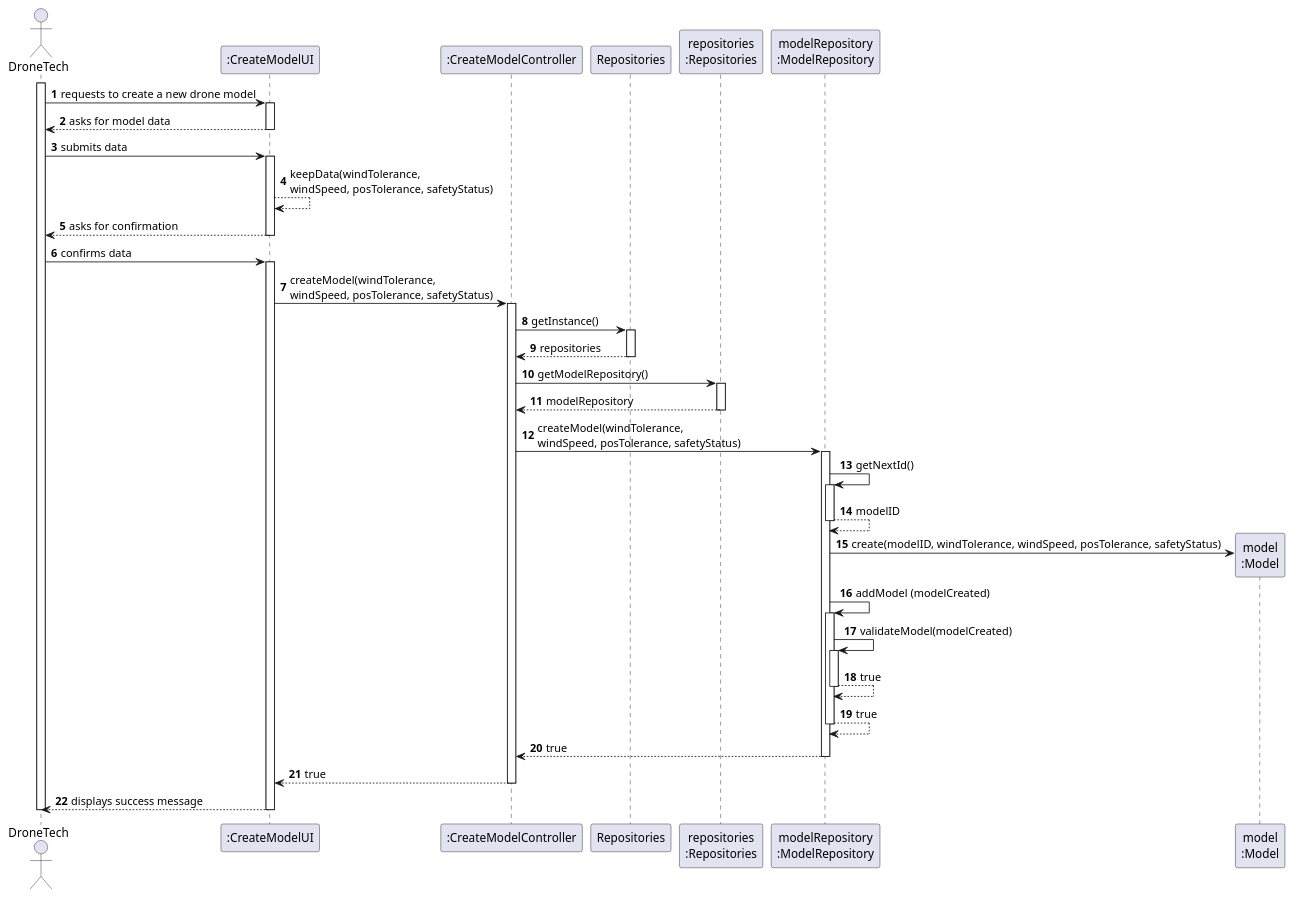
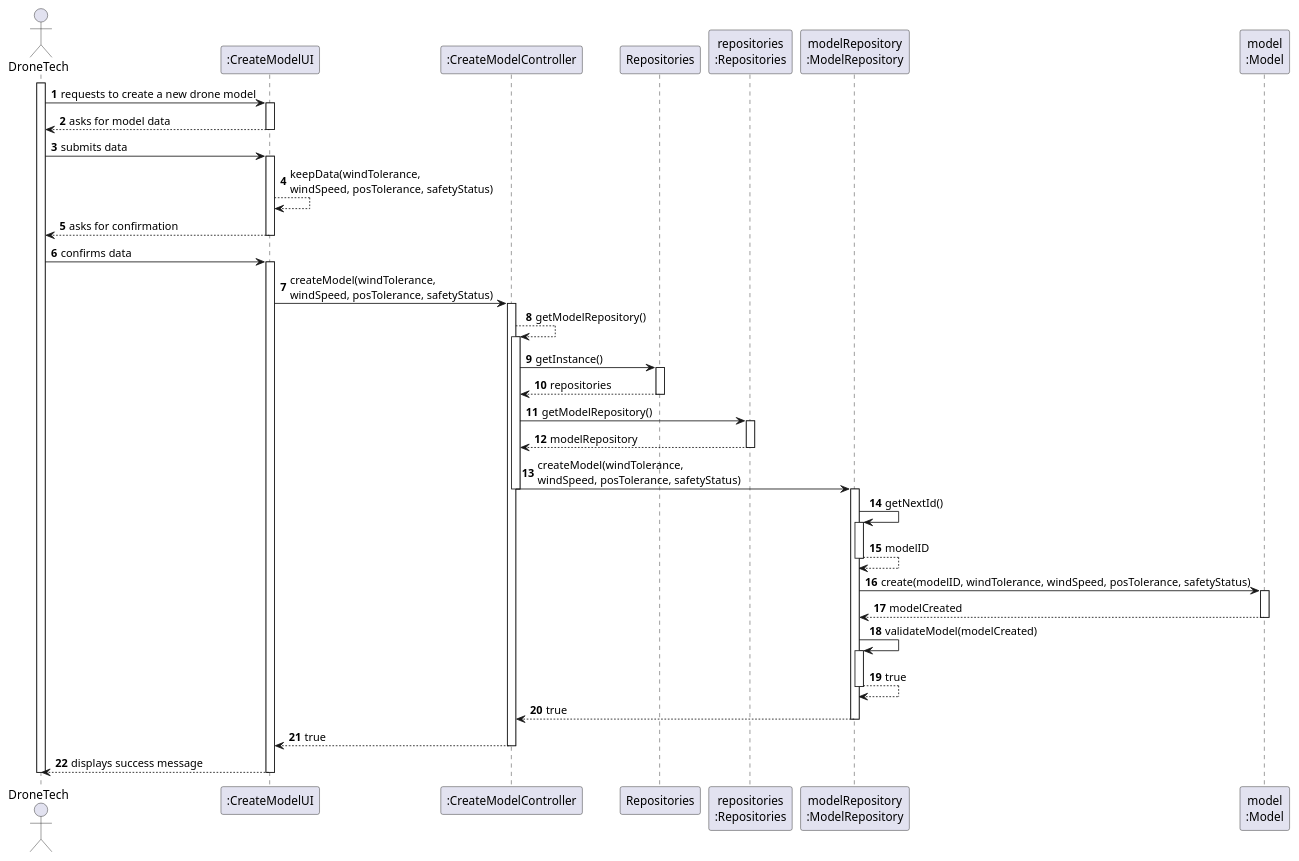
One commit to diogoveirospro/sem4pi-2024-2025-sem4pi_2024_2025_g44 changed the diagram in docs/SPRINT_2/US240/puml/sequence_diagram_us240.puml. Above: the diagram before and after it, drawn with PlantUML. The commit also changed 3 other files, not shown here.

Commit message:
update sequence diagram on us240 and us243

```diff
--- a/docs/SPRINT_2/US240/puml/sequence_diagram_us240.puml
+++ b/docs/SPRINT_2/US240/puml/sequence_diagram_us240.puml
@@ -1,67 +1,72 @@
 @startuml
-'skinparam monochrome true
+'skinparam monochrome
+
 skinparam packageStyle rectangle
 skinparam shadowing false
 
 autonumber
 
 actor "DroneTech" as DT
 participant ":CreateModelUI" as UI
 participant ":CreateModelController" as CTRL
 participant "Repositories" as REPOS
 participant "repositories\n:Repositories" as REPOS_SINGLETON
 participant "modelRepository\n:ModelRepository" as MOD_REPO
 participant "model\n:Model" as MODEL
 
 activate DT
 
 DT -> UI : requests to create a new drone model
 activate UI
     UI --> DT : asks for model data
     deactivate UI
     DT -> UI : submits data
     activate UI
     UI --> UI : keepData(windTolerance, \nwindSpeed, posTolerance, safetyStatus)
     UI --> DT : asks for confirmation
     deactivate UI
     DT -> UI : confirms data
     activate UI
     UI -> CTRL : createModel(windTolerance, \nwindSpeed, posTolerance, safetyStatus)
     activate CTRL
+        CTRL --> CTRL :getModelRepository()
+        activate CTRL
         CTRL -> REPOS : getInstance()
         activate REPOS
             REPOS --> CTRL : repositories
         deactivate REPOS
 
         CTRL -> REPOS_SINGLETON : getModelRepository()
         activate REPOS_SINGLETON
             REPOS_SINGLETON --> CTRL : modelRepository
         deactivate REPOS_SINGLETON
             CTRL -> MOD_REPO : createModel(windTolerance, \nwindSpeed, posTolerance, safetyStatus)
+            deactivate CTRL
             activate MOD_REPO
         MOD_REPO -> MOD_REPO : getNextId()
         activate MOD_REPO
         MOD_REPO --> MOD_REPO : modelID
         deactivate MOD_REPO
 
-        MOD_REPO -> MODEL** : create(modelID, windTolerance, windSpeed, posTolerance, safetyStatus)
-        MOD_REPO -> MOD_REPO: addModel (modelCreated)
-                activate MOD_REPO
+        MOD_REPO -> MODEL : create(modelID, windTolerance, windSpeed, posTolerance, safetyStatus)
+        activate MODEL
+        MODEL -->MOD_REPO : modelCreated
+        deactivate MODEL
                     MOD_REPO -> MOD_REPO: validateModel(modelCreated)
                     activate MOD_REPO
                         MOD_REPO --> MOD_REPO : true
                     deactivate MOD_REPO
 
-                    MOD_REPO --> MOD_REPO : true
-                deactivate MOD_REPO
-            MOD_REPO --> CTRL : true
+                    MOD_REPO --> CTRL : true
+
         deactivate MOD_REPO
 
         CTRL --> UI : true
+
     deactivate CTRL
 
 UI --> DT : displays success message
 deactivate UI
 deactivate DT
 
 @enduml
```
